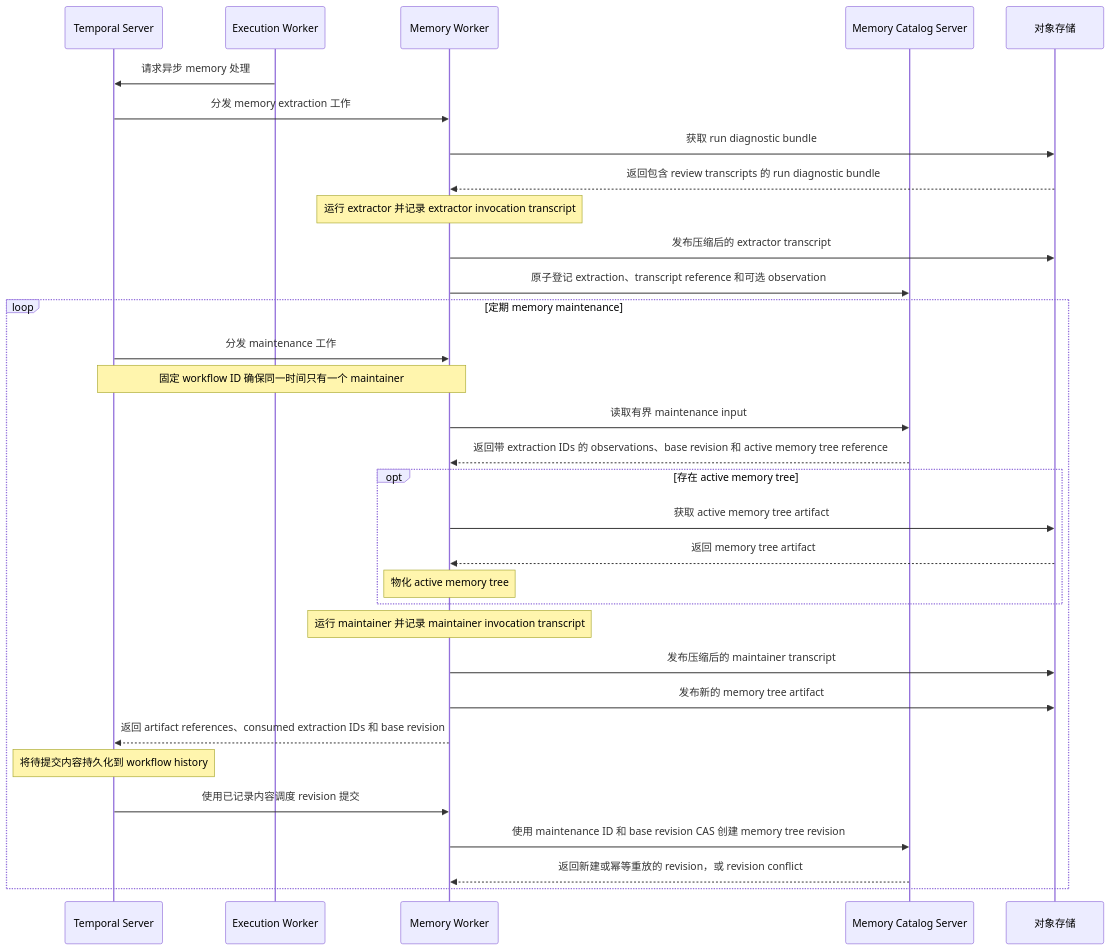
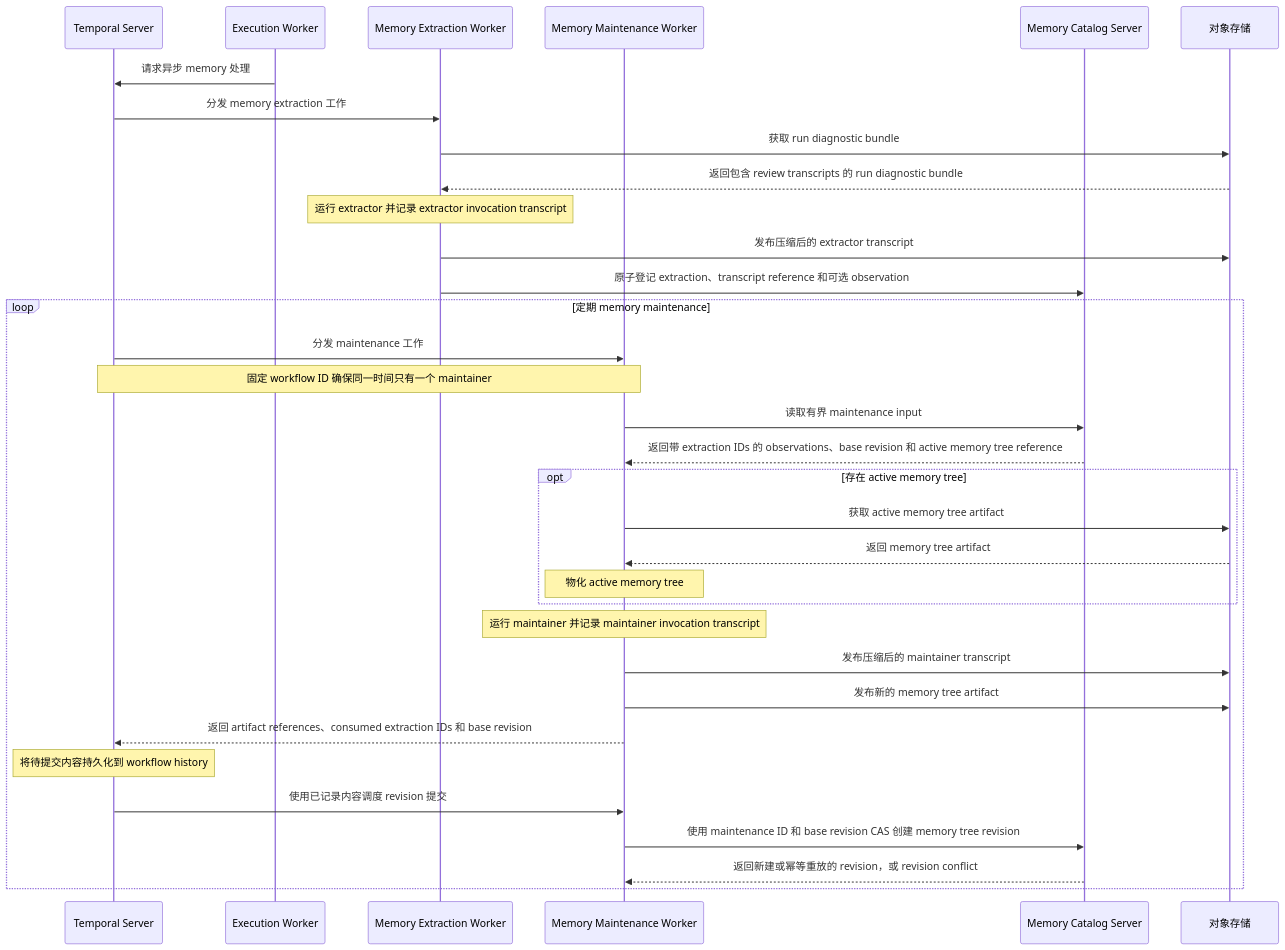
The second of 2 diagrams in docs/architecture/SYSTEM_ARCHITECTURE.zh.md (Agent-AI-Chalmers/sec-review-bot), drawn with Mermaid before and after one commit. The commit also changed other lines of this file and 46 other files, not shown here.

Commit message:
refactor(memory)!: split extraction and maintenance workers

````diff
--- a/docs/architecture/SYSTEM_ARCHITECTURE.zh.md
+++ b/docs/architecture/SYSTEM_ARCHITECTURE.zh.md
@@ -65,35 +66,36 @@
 ```mermaid
 sequenceDiagram
   participant Temporal as Temporal Server
   participant ExecutionWorker as Execution Worker
-  participant MemoryWorker as Memory Worker
+  participant ExtractionWorker as Memory Extraction Worker
+  participant MaintenanceWorker as Memory Maintenance Worker
   participant Catalog as Memory Catalog Server
   participant Storage as 对象存储
 
   ExecutionWorker->>Temporal: 请求异步 memory 处理
-  Temporal->>MemoryWorker: 分发 memory extraction 工作
-  MemoryWorker->>Storage: 获取 run diagnostic bundle
-  Storage-->>MemoryWorker: 返回包含 review transcripts 的 run diagnostic bundle
-  Note over MemoryWorker: 运行 extractor 并记录 extractor invocation transcript
-  MemoryWorker->>Storage: 发布压缩后的 extractor transcript
-  MemoryWorker->>Catalog: 原子登记 extraction、transcript reference 和可选 observation
+  Temporal->>ExtractionWorker: 分发 memory extraction 工作
+  ExtractionWorker->>Storage: 获取 run diagnostic bundle
+  Storage-->>ExtractionWorker: 返回包含 review transcripts 的 run diagnostic bundle
+  Note over ExtractionWorker: 运行 extractor 并记录 extractor invocation transcript
+  ExtractionWorker->>Storage: 发布压缩后的 extractor transcript
+  ExtractionWorker->>Catalog: 原子登记 extraction、transcript reference 和可选 observation
   loop 定期 memory maintenance
-    Temporal->>MemoryWorker: 分发 maintenance 工作
-    Note over Temporal,MemoryWorker: 固定 workflow ID 确保同一时间只有一个 maintainer
-    MemoryWorker->>Catalog: 读取有界 maintenance input
-    Catalog-->>MemoryWorker: 返回带 extraction IDs 的 observations、base revision 和 active memory tree reference
+    Temporal->>MaintenanceWorker: 分发 maintenance 工作
+    Note over Temporal,MaintenanceWorker: 固定 workflow ID 确保同一时间只有一个 maintainer
+    MaintenanceWorker->>Catalog: 读取有界 maintenance input
+    Catalog-->>MaintenanceWorker: 返回带 extraction IDs 的 observations、base revision 和 active memory tree reference
     opt 存在 active memory tree
-      MemoryWorker->>Storage: 获取 active memory tree artifact
-      Storage-->>MemoryWorker: 返回 memory tree artifact
-      Note over MemoryWorker: 物化 active memory tree
+      MaintenanceWorker->>Storage: 获取 active memory tree artifact
+      Storage-->>MaintenanceWorker: 返回 memory tree artifact
+      Note over MaintenanceWorker: 物化 active memory tree
     end
-    Note over MemoryWorker: 运行 maintainer 并记录 maintainer invocation transcript
-    MemoryWorker->>Storage: 发布压缩后的 maintainer transcript
-    MemoryWorker->>Storage: 发布新的 memory tree artifact
-    MemoryWorker-->>Temporal: 返回 artifact references、consumed extraction IDs 和 base revision
+    Note over MaintenanceWorker: 运行 maintainer 并记录 maintainer invocation transcript
+    MaintenanceWorker->>Storage: 发布压缩后的 maintainer transcript
+    MaintenanceWorker->>Storage: 发布新的 memory tree artifact
+    MaintenanceWorker-->>Temporal: 返回 artifact references、consumed extraction IDs 和 base revision
     Note over Temporal: 将待提交内容持久化到 workflow history
-    Temporal->>MemoryWorker: 使用已记录内容调度 revision 提交
-    MemoryWorker->>Catalog: 使用 maintenance ID 和 base revision CAS 创建 memory tree revision
-    Catalog-->>MemoryWorker: 返回新建或幂等重放的 revision，或 revision conflict
+    Temporal->>MaintenanceWorker: 使用已记录内容调度 revision 提交
+    MaintenanceWorker->>Catalog: 使用 maintenance ID 和 base revision CAS 创建 memory tree revision
+    Catalog-->>MaintenanceWorker: 返回新建或幂等重放的 revision，或 revision conflict
   end
 ```
````
